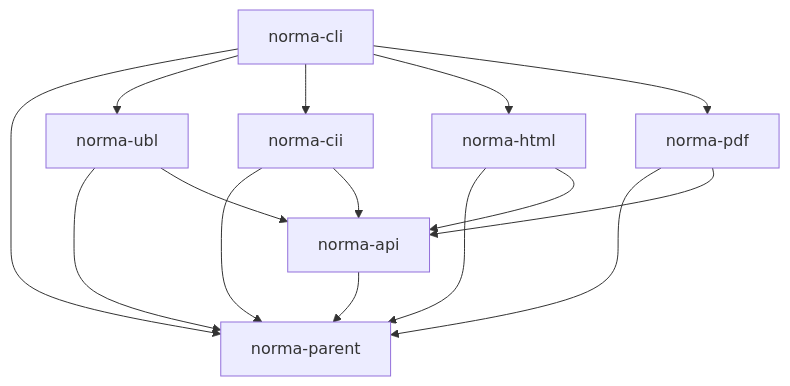
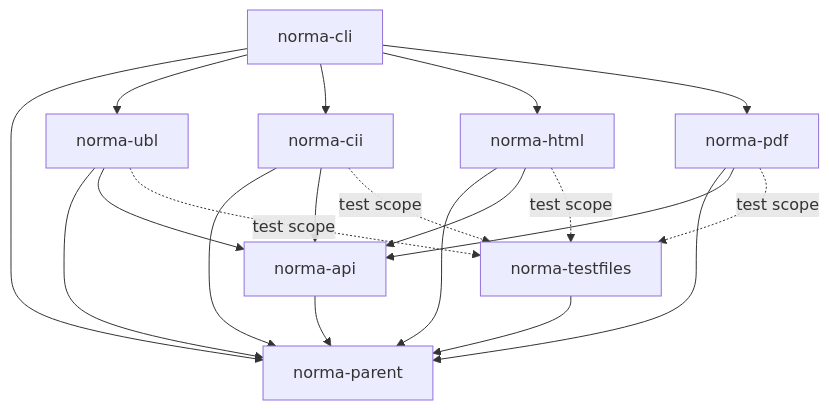
Before and after one commit to greedwhale/phlox: the diagram in wiki/Maven-Module-Structure.md, drawn with Mermaid. The commit also changed other lines of this file and 11 other files, not shown here.

````diff
--- a/wiki/Maven-Module-Structure.md
+++ b/wiki/Maven-Module-Structure.md
@@ -11,27 +11,34 @@
 ```mermaid
 graph TD
     parent[norma-parent]
     api[norma-api]
     ubl[norma-ubl]
     cii[norma-cii]
     html[norma-html]
     pdf[norma-pdf]
     cli[norma-cli]
+    testfiles[norma-testfiles]
 
-    api  --> parent
-    ubl  --> parent
-    cii  --> parent
-    html --> parent
-    pdf  --> parent
-    cli  --> parent
+    api       --> parent
+    ubl       --> parent
+    cii       --> parent
+    html      --> parent
+    pdf       --> parent
+    cli       --> parent
+    testfiles --> parent
 
     ubl  --> api
     cii  --> api
     html --> api
     pdf  --> api
 
     cli  --> ubl
     cli  --> cii
     cli  --> html
     cli  --> pdf
+
+    ubl  -. test scope .-> testfiles
+    cii  -. test scope .-> testfiles
+    html -. test scope .-> testfiles
+    pdf  -. test scope .-> testfiles
 ```
````
